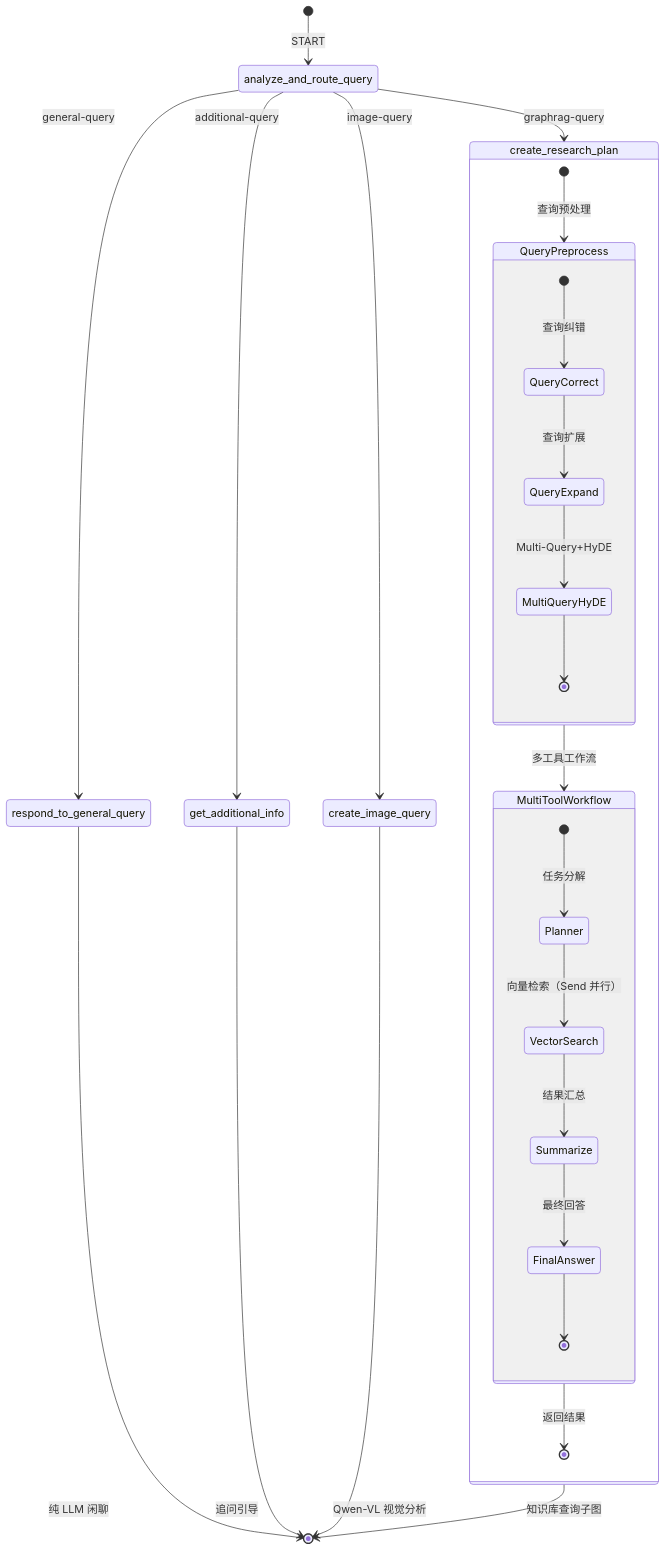
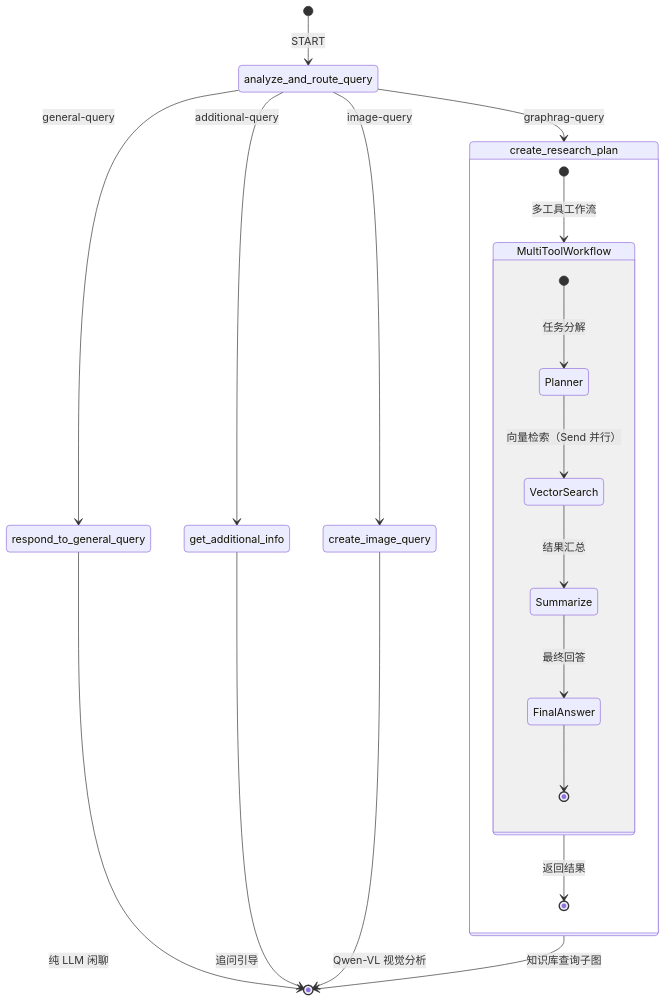
One commit to blowt16/SmartCS-Agent changed the fourth of 14 diagrams in docs/PROJECT_ANALYSIS.md. Above: the diagram before and after it, drawn with Mermaid. The commit also changed other lines of this file and 12 other files, not shown here.

First line of the commit message:
refactor: 移除查询预处理管道（BudgetGuard/纠错/扩展/Multi-Query+HyDE），子图输入直接使用入口消解后的问题

````diff
--- a/docs/PROJECT_ANALYSIS.md
+++ b/docs/PROJECT_ANALYSIS.md
@@ -306,34 +305,26 @@
 ```mermaid
 stateDiagram-v2
     [*] --> analyze_and_route_query: START
     analyze_and_route_query --> respond_to_general_query: general-query
     analyze_and_route_query --> get_additional_info: additional-query
     analyze_and_route_query --> create_research_plan: graphrag-query
     analyze_and_route_query --> create_image_query: image-query
 
     respond_to_general_query --> [*]: 纯 LLM 闲聊
     get_additional_info --> [*]: 追问引导
     create_research_plan --> [*]: 知识库查询子图
     create_image_query --> [*]: Qwen-VL 视觉分析
 
     state create_research_plan {
-        [*] --> QueryPreprocess: 查询预处理
-        QueryPreprocess --> MultiToolWorkflow: 多工具工作流
+        [*] --> MultiToolWorkflow: 多工具工作流
         MultiToolWorkflow --> [*]: 返回结果
-
-        state QueryPreprocess {
-            [*] --> QueryCorrect: 查询纠错
-            QueryCorrect --> QueryExpand: 查询扩展
-            QueryExpand --> MultiQueryHyDE: Multi-Query+HyDE
-            MultiQueryHyDE --> [*]
-        }
 
         state MultiToolWorkflow {
             [*] --> Planner: 任务分解
             Planner --> VectorSearch: 向量检索（Send 并行）
             VectorSearch --> Summarize: 结果汇总
             Summarize --> FinalAnswer: 最终回答
             FinalAnswer --> [*]
         }
     }
 ```
````
